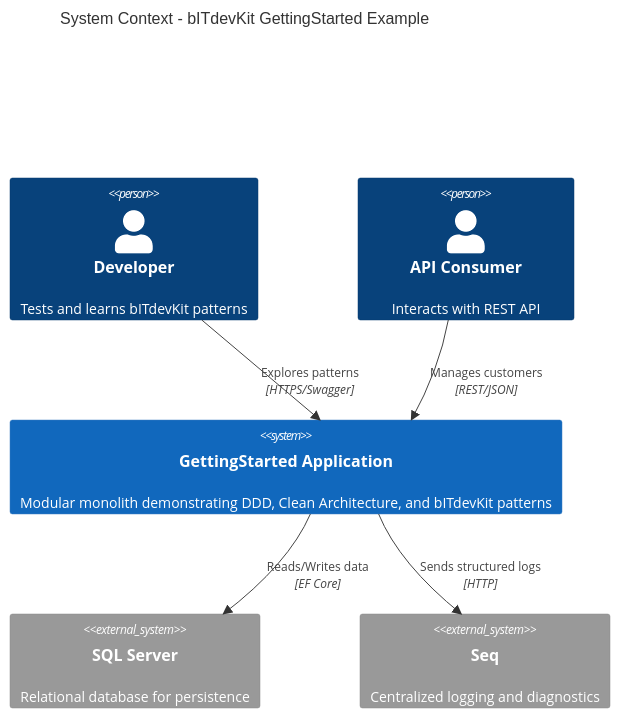
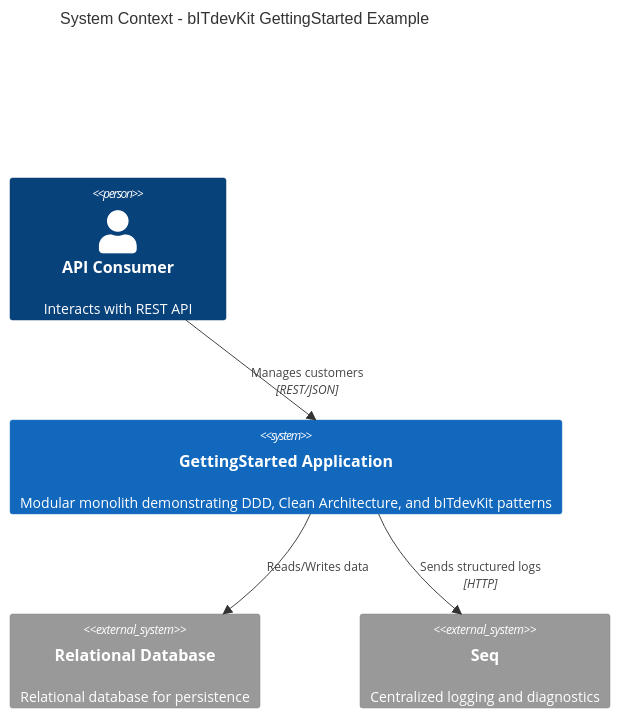
Diagram 16 of 25 in docs/system-design-diagrams.md (BridgingIT-GmbH/bITdevKit.Examples.GettingStarted), drawn with Mermaid before and after one commit. The commit also changed other lines of this file, not shown here.

Commit message:
docs: enhance system design diagrams with comprehensive architecture and module details

````diff
--- a/docs/system-design-diagrams.md
+++ b/docs/system-design-diagrams.md
@@ -35,19 +576,17 @@
 ```mermaid
 C4Context
     title System Context - bITdevKit GettingStarted Example
 
-    Person(developer, "Developer", "Tests and learns bITdevKit patterns")
     Person(api_user, "API Consumer", "Interacts with REST API")
 
     System(gettingstarted, "GettingStarted Application", "Modular monolith demonstrating DDD, Clean Architecture, and bITdevKit patterns")
 
-    System_Ext(database, "SQL Server", "Relational database for persistence")
+    System_Ext(database, "Relational Database", "Relational database for persistence")
     System_Ext(seq, "Seq", "Centralized logging and diagnostics")
 
-    Rel(developer, gettingstarted, "Explores patterns", "HTTPS/Swagger")
     Rel(api_user, gettingstarted, "Manages customers", "REST/JSON")
-    Rel(gettingstarted, database, "Reads/Writes data", "EF Core")
+    Rel(gettingstarted, database, "Reads/Writes data")
     Rel(gettingstarted, seq, "Sends structured logs", "HTTP")
 
     UpdateLayoutConfig($c4ShapeInRow="3", $c4BoundaryInRow="1")
 ```
````
